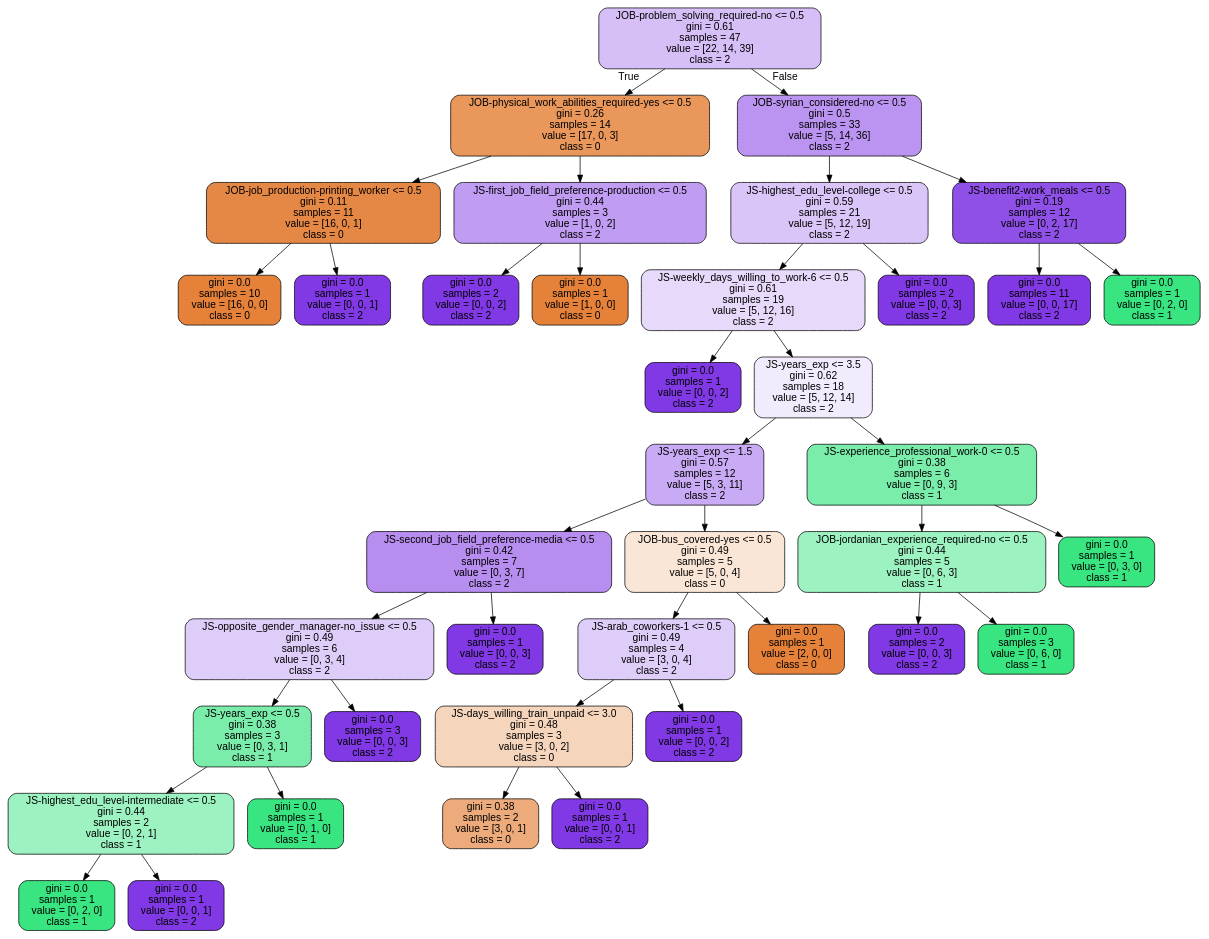
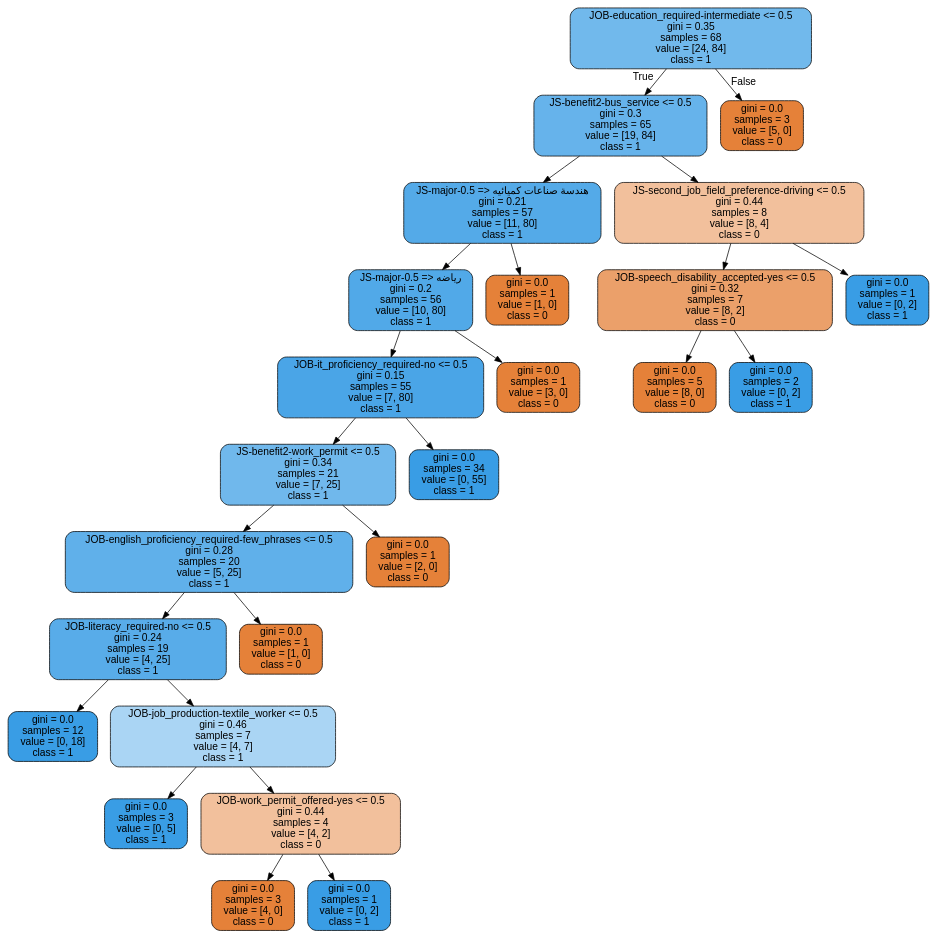
One commit to theirc/tashbeek changed the diagram in tree.dot. Above: the diagram before and after it, drawn with Graphviz. The commit also changed 2 other files, not shown here.

Commit message:
Added ROC-AUC graph

```diff
--- a/tree.dot
+++ b/tree.dot
@@ -1,81 +1,53 @@
 digraph Tree {
 node [shape=box, style="filled, rounded", color="black", fontname=helvetica] ;
 edge [fontname=helvetica] ;
-0 [label="JOB-problem_solving_required-no <= 0.5\ngini = 0.61\nsamples = 47\nvalue = [22, 14, 39]\nclass = 2", fillcolor="#8139e552"] ;
-1 [label="JOB-physical_work_abilities_required-yes <= 0.5\ngini = 0.26\nsamples = 14\nvalue = [17, 0, 3]\nclass = 0", fillcolor="#e58139d2"] ;
+0 [label="JOB-education_required-intermediate <= 0.5\ngini = 0.35\nsamples = 68\nvalue = [24, 84]\nclass = 1", fillcolor="#399de5b6"] ;
+1 [label="JS-benefit2-bus_service <= 0.5\ngini = 0.3\nsamples = 65\nvalue = [19, 84]\nclass = 1", fillcolor="#399de5c5"] ;
 0 -> 1 [labeldistance=2.5, labelangle=45, headlabel="True"] ;
-2 [label="JOB-job_production-printing_worker <= 0.5\ngini = 0.11\nsamples = 11\nvalue = [16, 0, 1]\nclass = 0", fillcolor="#e58139ef"] ;
+2 [label="JS-major-هندسة صناعات كميائيه <= 0.5\ngini = 0.21\nsamples = 57\nvalue = [11, 80]\nclass = 1", fillcolor="#399de5dc"] ;
 1 -> 2 ;
-3 [label="gini = 0.0\nsamples = 10\nvalue = [16, 0, 0]\nclass = 0", fillcolor="#e58139ff"] ;
+3 [label="JS-major-رياضه <= 0.5\ngini = 0.2\nsamples = 56\nvalue = [10, 80]\nclass = 1", fillcolor="#399de5df"] ;
 2 -> 3 ;
-4 [label="gini = 0.0\nsamples = 1\nvalue = [0, 0, 1]\nclass = 2", fillcolor="#8139e5ff"] ;
-2 -> 4 ;
-5 [label="JS-first_job_field_preference-production <= 0.5\ngini = 0.44\nsamples = 3\nvalue = [1, 0, 2]\nclass = 2", fillcolor="#8139e57f"] ;
-1 -> 5 ;
-6 [label="gini = 0.0\nsamples = 2\nvalue = [0, 0, 2]\nclass = 2", fillcolor="#8139e5ff"] ;
+4 [label="JOB-it_proficiency_required-no <= 0.5\ngini = 0.15\nsamples = 55\nvalue = [7, 80]\nclass = 1", fillcolor="#399de5e9"] ;
+3 -> 4 ;
+5 [label="JS-benefit2-work_permit <= 0.5\ngini = 0.34\nsamples = 21\nvalue = [7, 25]\nclass = 1", fillcolor="#399de5b8"] ;
+4 -> 5 ;
+6 [label="JOB-english_proficiency_required-few_phrases <= 0.5\ngini = 0.28\nsamples = 20\nvalue = [5, 25]\nclass = 1", fillcolor="#399de5cc"] ;
 5 -> 6 ;
-7 [label="gini = 0.0\nsamples = 1\nvalue = [1, 0, 0]\nclass = 0", fillcolor="#e58139ff"] ;
-5 -> 7 ;
-8 [label="JOB-syrian_considered-no <= 0.5\ngini = 0.5\nsamples = 33\nvalue = [5, 14, 36]\nclass = 2", fillcolor="#8139e589"] ;
-0 -> 8 [labeldistance=2.5, labelangle=-45, headlabel="False"] ;
-9 [label="JS-highest_edu_level-college <= 0.5\ngini = 0.59\nsamples = 21\nvalue = [5, 12, 19]\nclass = 2", fillcolor="#8139e54a"] ;
-8 -> 9 ;
-10 [label="JS-weekly_days_willing_to_work-6 <= 0.5\ngini = 0.61\nsamples = 19\nvalue = [5, 12, 16]\nclass = 2", fillcolor="#8139e531"] ;
+7 [label="JOB-literacy_required-no <= 0.5\ngini = 0.24\nsamples = 19\nvalue = [4, 25]\nclass = 1", fillcolor="#399de5d6"] ;
+6 -> 7 ;
+8 [label="gini = 0.0\nsamples = 12\nvalue = [0, 18]\nclass = 1", fillcolor="#399de5ff"] ;
+7 -> 8 ;
+9 [label="JOB-job_production-textile_worker <= 0.5\ngini = 0.46\nsamples = 7\nvalue = [4, 7]\nclass = 1", fillcolor="#399de56d"] ;
+7 -> 9 ;
+10 [label="gini = 0.0\nsamples = 3\nvalue = [0, 5]\nclass = 1", fillcolor="#399de5ff"] ;
 9 -> 10 ;
-11 [label="gini = 0.0\nsamples = 1\nvalue = [0, 0, 2]\nclass = 2", fillcolor="#8139e5ff"] ;
-10 -> 11 ;
-12 [label="JS-years_exp <= 3.5\ngini = 0.62\nsamples = 18\nvalue = [5, 12, 14]\nclass = 2", fillcolor="#8139e51b"] ;
-10 -> 12 ;
-13 [label="JS-years_exp <= 1.5\ngini = 0.57\nsamples = 12\nvalue = [5, 3, 11]\nclass = 2", fillcolor="#8139e56d"] ;
-12 -> 13 ;
-14 [label="JS-second_job_field_preference-media <= 0.5\ngini = 0.42\nsamples = 7\nvalue = [0, 3, 7]\nclass = 2", fillcolor="#8139e592"] ;
-13 -> 14 ;
-15 [label="JS-opposite_gender_manager-no_issue <= 0.5\ngini = 0.49\nsamples = 6\nvalue = [0, 3, 4]\nclass = 2", fillcolor="#8139e540"] ;
-14 -> 15 ;
-16 [label="JS-years_exp <= 0.5\ngini = 0.38\nsamples = 3\nvalue = [0, 3, 1]\nclass = 1", fillcolor="#39e581aa"] ;
-15 -> 16 ;
-17 [label="JS-highest_edu_level-intermediate <= 0.5\ngini = 0.44\nsamples = 2\nvalue = [0, 2, 1]\nclass = 1", fillcolor="#39e5817f"] ;
-16 -> 17 ;
-18 [label="gini = 0.0\nsamples = 1\nvalue = [0, 2, 0]\nclass = 1", fillcolor="#39e581ff"] ;
-17 -> 18 ;
-19 [label="gini = 0.0\nsamples = 1\nvalue = [0, 0, 1]\nclass = 2", fillcolor="#8139e5ff"] ;
-17 -> 19 ;
-20 [label="gini = 0.0\nsamples = 1\nvalue = [0, 1, 0]\nclass = 1", fillcolor="#39e581ff"] ;
-16 -> 20 ;
-21 [label="gini = 0.0\nsamples = 3\nvalue = [0, 0, 3]\nclass = 2", fillcolor="#8139e5ff"] ;
-15 -> 21 ;
-22 [label="gini = 0.0\nsamples = 1\nvalue = [0, 0, 3]\nclass = 2", fillcolor="#8139e5ff"] ;
-14 -> 22 ;
-23 [label="JOB-bus_covered-yes <= 0.5\ngini = 0.49\nsamples = 5\nvalue = [5, 0, 4]\nclass = 0", fillcolor="#e5813933"] ;
-13 -> 23 ;
-24 [label="JS-arab_coworkers-1 <= 0.5\ngini = 0.49\nsamples = 4\nvalue = [3, 0, 4]\nclass = 2", fillcolor="#8139e540"] ;
-23 -> 24 ;
-25 [label="JS-days_willing_train_unpaid <= 3.0\ngini = 0.48\nsamples = 3\nvalue = [3, 0, 2]\nclass = 0", fillcolor="#e5813955"] ;
-24 -> 25 ;
-26 [label="gini = 0.38\nsamples = 2\nvalue = [3, 0, 1]\nclass = 0", fillcolor="#e58139aa"] ;
-25 -> 26 ;
-27 [label="gini = 0.0\nsamples = 1\nvalue = [0, 0, 1]\nclass = 2", fillcolor="#8139e5ff"] ;
-25 -> 27 ;
-28 [label="gini = 0.0\nsamples = 1\nvalue = [0, 0, 2]\nclass = 2", fillcolor="#8139e5ff"] ;
-24 -> 28 ;
-29 [label="gini = 0.0\nsamples = 1\nvalue = [2, 0, 0]\nclass = 0", fillcolor="#e58139ff"] ;
-23 -> 29 ;
-30 [label="JS-experience_professional_work-0 <= 0.5\ngini = 0.38\nsamples = 6\nvalue = [0, 9, 3]\nclass = 1", fillcolor="#39e581aa"] ;
-12 -> 30 ;
-31 [label="JOB-jordanian_experience_required-no <= 0.5\ngini = 0.44\nsamples = 5\nvalue = [0, 6, 3]\nclass = 1", fillcolor="#39e5817f"] ;
-30 -> 31 ;
-32 [label="gini = 0.0\nsamples = 2\nvalue = [0, 0, 3]\nclass = 2", fillcolor="#8139e5ff"] ;
-31 -> 32 ;
-33 [label="gini = 0.0\nsamples = 3\nvalue = [0, 6, 0]\nclass = 1", fillcolor="#39e581ff"] ;
-31 -> 33 ;
-34 [label="gini = 0.0\nsamples = 1\nvalue = [0, 3, 0]\nclass = 1", fillcolor="#39e581ff"] ;
-30 -> 34 ;
-35 [label="gini = 0.0\nsamples = 2\nvalue = [0, 0, 3]\nclass = 2", fillcolor="#8139e5ff"] ;
-9 -> 35 ;
-36 [label="JS-benefit2-work_meals <= 0.5\ngini = 0.19\nsamples = 12\nvalue = [0, 2, 17]\nclass = 2", fillcolor="#8139e5e1"] ;
-8 -> 36 ;
-37 [label="gini = 0.0\nsamples = 11\nvalue = [0, 0, 17]\nclass = 2", fillcolor="#8139e5ff"] ;
-36 -> 37 ;
-38 [label="gini = 0.0\nsamples = 1\nvalue = [0, 2, 0]\nclass = 1", fillcolor="#39e581ff"] ;
-36 -> 38 ;
+11 [label="JOB-work_permit_offered-yes <= 0.5\ngini = 0.44\nsamples = 4\nvalue = [4, 2]\nclass = 0", fillcolor="#e581397f"] ;
+9 -> 11 ;
+12 [label="gini = 0.0\nsamples = 3\nvalue = [4, 0]\nclass = 0", fillcolor="#e58139ff"] ;
+11 -> 12 ;
+13 [label="gini = 0.0\nsamples = 1\nvalue = [0, 2]\nclass = 1", fillcolor="#399de5ff"] ;
+11 -> 13 ;
+14 [label="gini = 0.0\nsamples = 1\nvalue = [1, 0]\nclass = 0", fillcolor="#e58139ff"] ;
+6 -> 14 ;
+15 [label="gini = 0.0\nsamples = 1\nvalue = [2, 0]\nclass = 0", fillcolor="#e58139ff"] ;
+5 -> 15 ;
+16 [label="gini = 0.0\nsamples = 34\nvalue = [0, 55]\nclass = 1", fillcolor="#399de5ff"] ;
+4 -> 16 ;
+17 [label="gini = 0.0\nsamples = 1\nvalue = [3, 0]\nclass = 0", fillcolor="#e58139ff"] ;
+3 -> 17 ;
+18 [label="gini = 0.0\nsamples = 1\nvalue = [1, 0]\nclass = 0", fillcolor="#e58139ff"] ;
+2 -> 18 ;
+19 [label="JS-second_job_field_preference-driving <= 0.5\ngini = 0.44\nsamples = 8\nvalue = [8, 4]\nclass = 0", fillcolor="#e581397f"] ;
+1 -> 19 ;
+20 [label="JOB-speech_disability_accepted-yes <= 0.5\ngini = 0.32\nsamples = 7\nvalue = [8, 2]\nclass = 0", fillcolor="#e58139bf"] ;
+19 -> 20 ;
+21 [label="gini = 0.0\nsamples = 5\nvalue = [8, 0]\nclass = 0", fillcolor="#e58139ff"] ;
+20 -> 21 ;
+22 [label="gini = 0.0\nsamples = 2\nvalue = [0, 2]\nclass = 1", fillcolor="#399de5ff"] ;
+20 -> 22 ;
+23 [label="gini = 0.0\nsamples = 1\nvalue = [0, 2]\nclass = 1", fillcolor="#399de5ff"] ;
+19 -> 23 ;
+24 [label="gini = 0.0\nsamples = 3\nvalue = [5, 0]\nclass = 0", fillcolor="#e58139ff"] ;
+0 -> 24 [labeldistance=2.5, labelangle=-45, headlabel="False"] ;
 }
```
